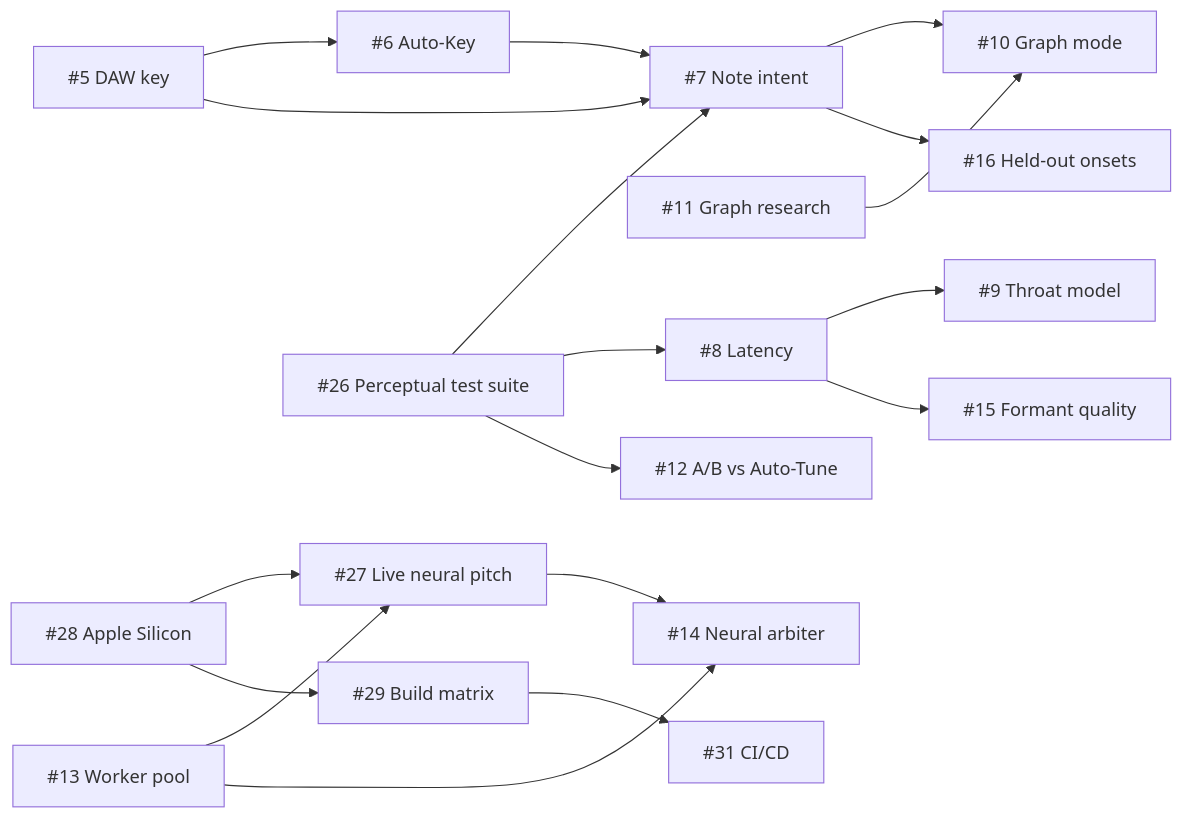
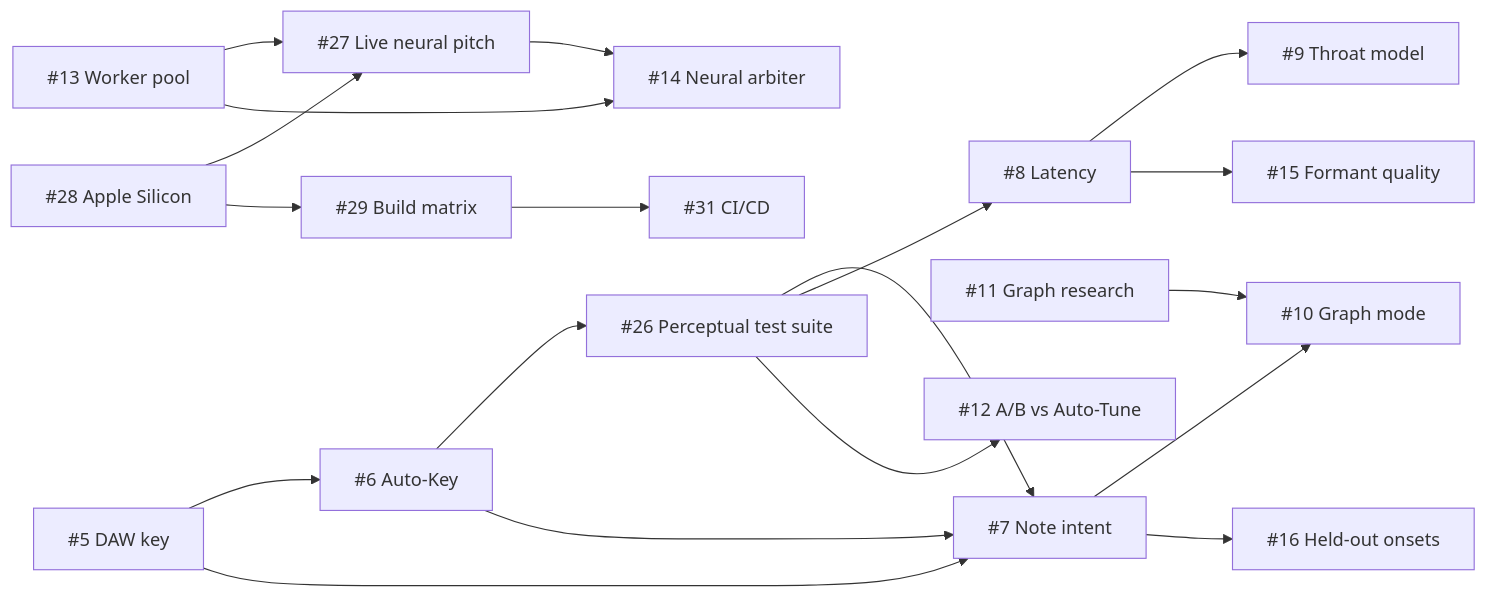
One commit to sdunifon/skatotune changed the diagram in docs/research/README.md. Above: the diagram before and after it, drawn with Mermaid. The commit also changed other lines of this file and 23 other files, not shown here.

````diff
--- a/docs/research/README.md
+++ b/docs/research/README.md
@@ -33,20 +34,21 @@
 ```mermaid
 flowchart LR
   K5["#5 DAW key"] --> K6["#6 Auto-Key"]
+  K6 --> P26
   K6 --> N7["#7 Note intent"]
   K5 --> N7
   N7 --> G10["#10 Graph mode"]
   G11["#11 Graph research"] --> G10
   L8["#8 Latency"] --> T9["#9 Throat model"]
   L8 --> F15["#15 Formant quality"]
   A28["#28 Apple Silicon"] --> NN27["#27 Live neural pitch"]
   W13["#13 Worker pool"] --> NN27
   NN27 --> AR14["#14 Neural arbiter"]
   W13 --> AR14
   P26["#26 Perceptual test suite"] --> N7
   P26 --> L8
   P26 --> AB12["#12 A/B vs Auto-Tune"]
   B29["#29 Build matrix"] --> CI31["#31 CI/CD"]
   A28 --> B29
   N7 --> H16["#16 Held-out onsets"]
 ```
````
